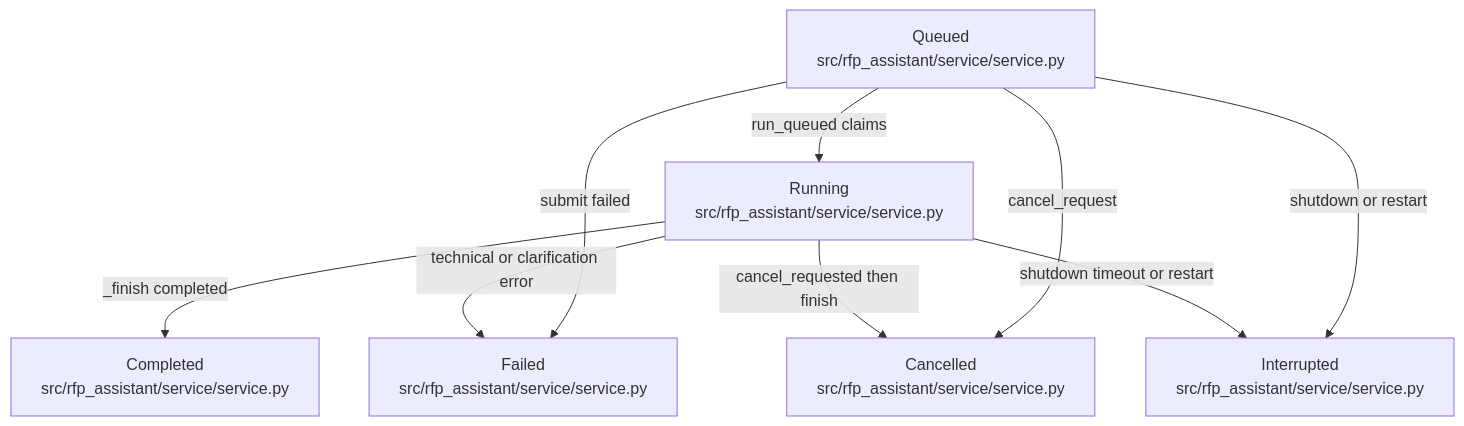
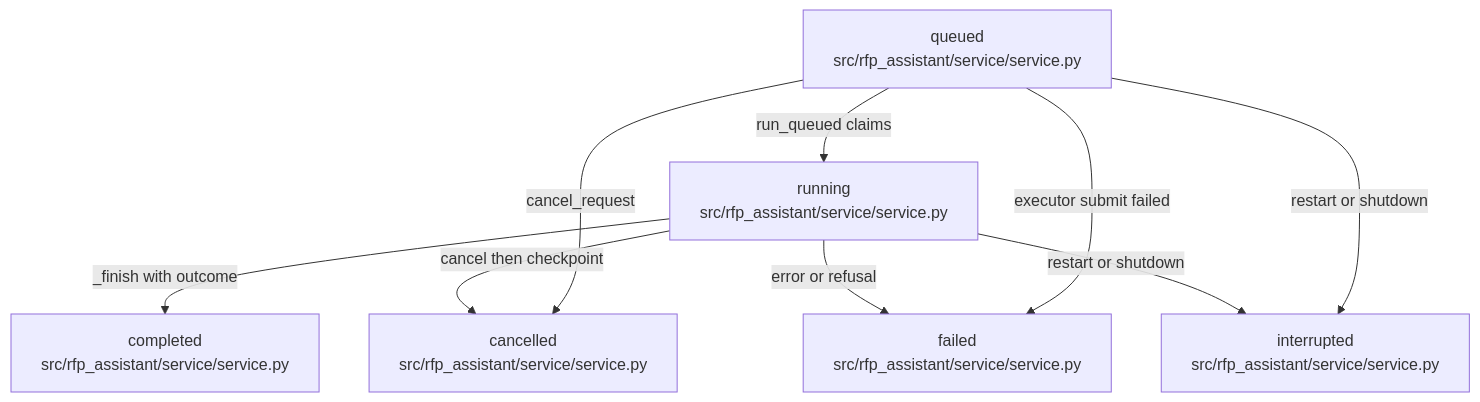
Before and after one commit to littleeeeebit/project-codeit-mid: the diagram in .omm/state-transitions/request-states/diagram.mmd, drawn with Mermaid. The commit also changed 384 other files, not shown here.

```diff
--- a/.omm/state-transitions/request-states/diagram.mmd
+++ b/.omm/state-transitions/request-states/diagram.mmd
@@ -1,15 +1,9 @@
 graph TD
-  queued["Queued\nsrc/rfp_assistant/service/service.py"]
-  running["Running\nsrc/rfp_assistant/service/service.py"]
-  completed["Completed\nsrc/rfp_assistant/service/service.py"]
-  failed["Failed\nsrc/rfp_assistant/service/service.py"]
-  cancelled["Cancelled\nsrc/rfp_assistant/service/service.py"]
-  interrupted["Interrupted\nsrc/rfp_assistant/service/service.py"]
-  queued -->|run_queued claims| running
-  queued -->|cancel_request| cancelled
-  queued -->|submit failed| failed
-  queued -->|shutdown or restart| interrupted
-  running -->|_finish completed| completed
-  running -->|technical or clarification error| failed
-  running -->|cancel_requested then finish| cancelled
-  running -->|shutdown timeout or restart| interrupted
+  queued["queued\nsrc/rfp_assistant/service/service.py"] -->|run_queued claims| running["running\nsrc/rfp_assistant/service/service.py"]
+  queued -->|cancel_request| cancelled["cancelled\nsrc/rfp_assistant/service/service.py"]
+  queued -->|restart or shutdown| interrupted["interrupted\nsrc/rfp_assistant/service/service.py"]
+  queued -->|executor submit failed| failed["failed\nsrc/rfp_assistant/service/service.py"]
+  running -->|_finish with outcome| completed["completed\nsrc/rfp_assistant/service/service.py"]
+  running -->|error or refusal| failed
+  running -->|cancel then checkpoint| cancelled
+  running -->|restart or shutdown| interrupted
```
